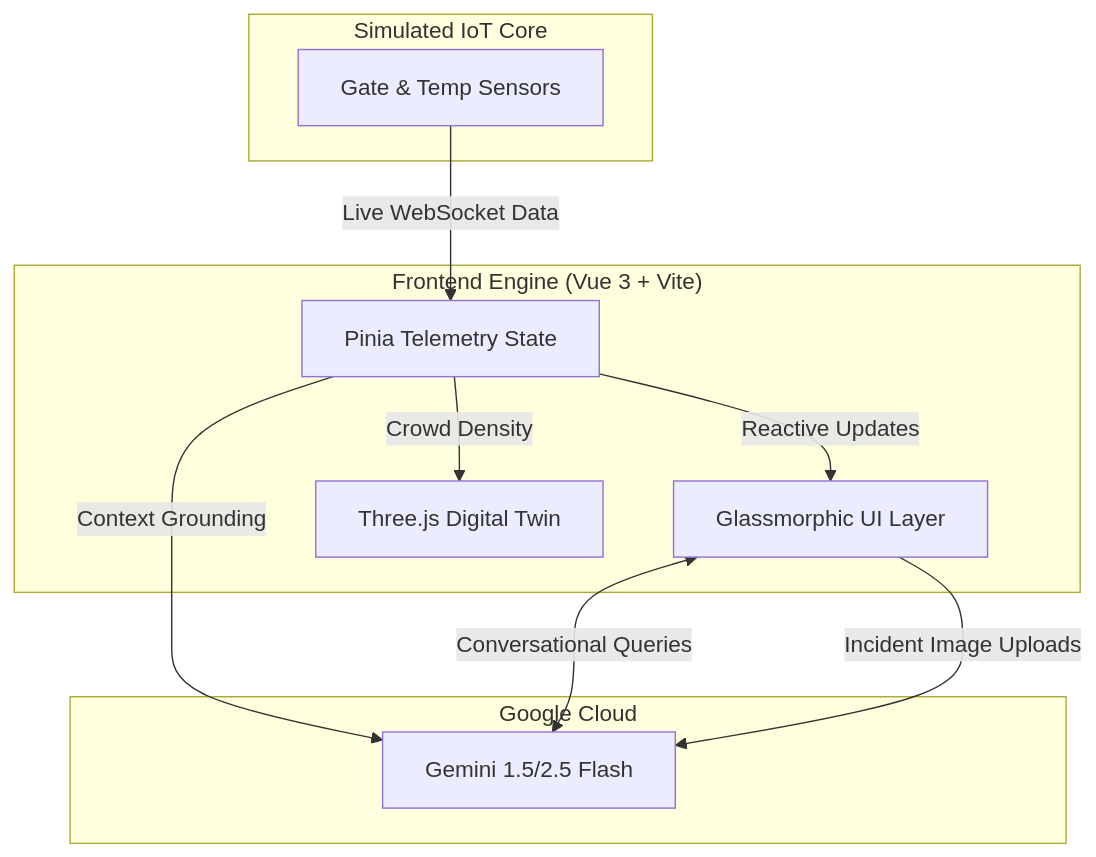
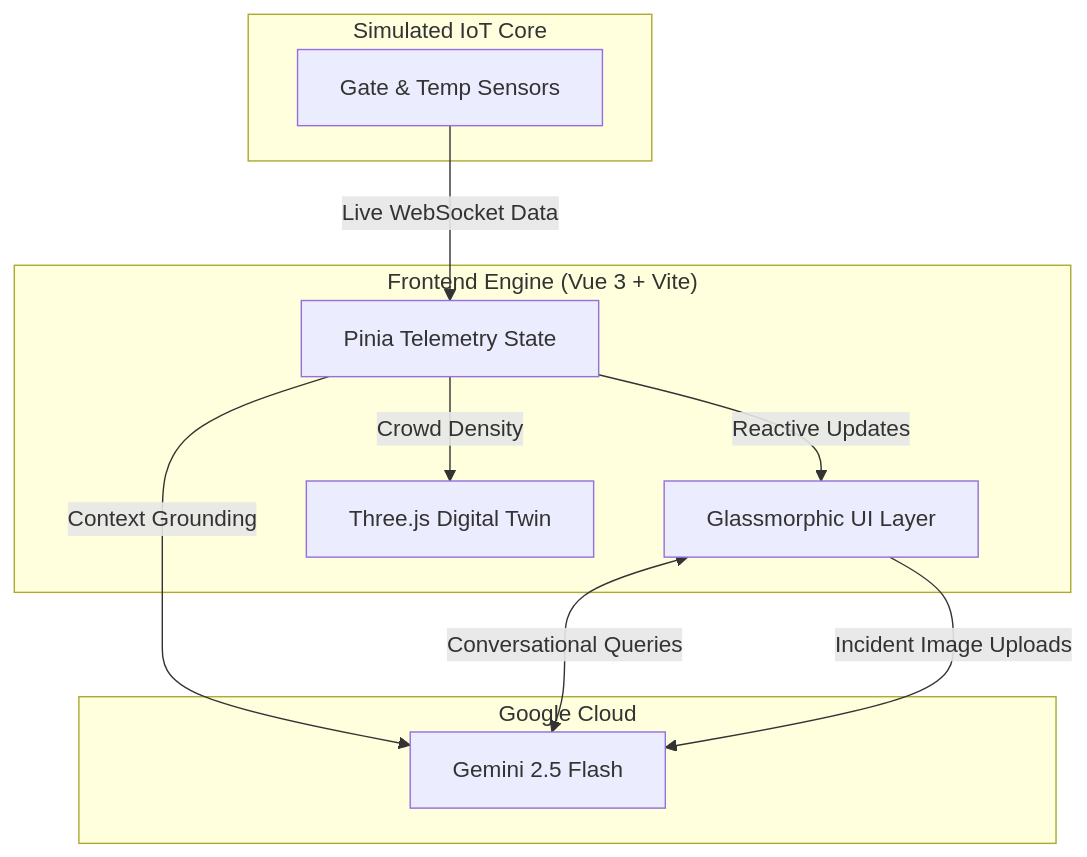
One commit to shashankh3/omnipitch-2026 changed the diagram in README.md. Above: the diagram before and after it, drawn with Mermaid. The commit also changed other lines of this file, not shown here.

Commit message:
docs: Standardize mentions of Gemini 2.5 Flash throughout README

````diff
--- a/README.md
+++ b/README.md
@@ -36,23 +36,23 @@
 ```mermaid
 graph TD
     subgraph "Frontend Engine (Vue 3 + Vite)"
         UI[Glassmorphic UI Layer]
         State[Pinia Telemetry State]
         WebGL[Three.js Digital Twin]
     end
 
     subgraph "Google Cloud"
-        AI[Gemini 1.5/2.5 Flash]
+        AI[Gemini 2.5 Flash]
     end
 
     subgraph "Simulated IoT Core"
         Sensors[Gate & Temp Sensors]
     end
 
     Sensors -->|Live WebSocket Data| State
     State -->|Reactive Updates| UI
     State -->|Crowd Density| WebGL
     State -->|Context Grounding| AI
     UI <-->|Conversational Queries| AI
     UI -->|Incident Image Uploads| AI
 ```
````
